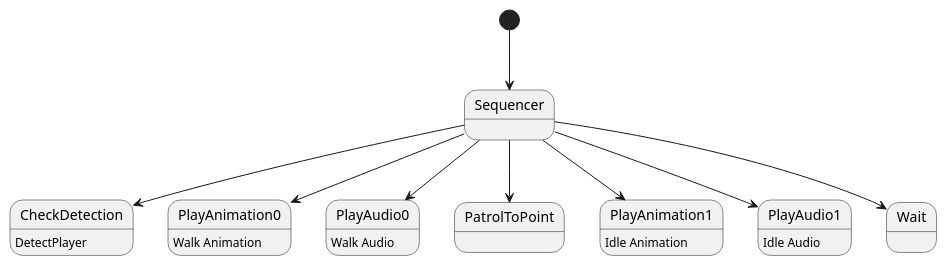
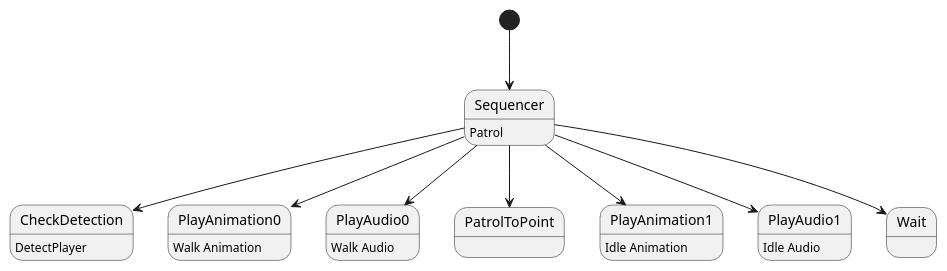
The diagram in 04. Portfolio/개발문서/BehaviourTree/Movement/Patrol.puml (onedeo/Portfolio), drawn with PlantUML before and after one commit. The commit also changed 4 other files, not shown here.

```diff
--- a/04. Portfolio/개발문서/BehaviourTree/Movement/Patrol.puml
+++ b/04. Portfolio/개발문서/BehaviourTree/Movement/Patrol.puml
@@ -1,17 +1,18 @@
 @startuml
 
 [*]-->Sequencer
 Sequencer-->CheckDetection
+Sequencer : Patrol
 CheckDetection : DetectPlayer
 Sequencer-->PlayAnimation0
 PlayAnimation0 : Walk Animation
 Sequencer-->PlayAudio0
 PlayAudio0 : Walk Audio
 Sequencer-->PatrolToPoint
 Sequencer-->PlayAnimation1
 PlayAnimation1 : Idle Animation
 Sequencer-->PlayAudio1
 PlayAudio1 : Idle Audio
 Sequencer-->Wait
 
 @enduml
```
